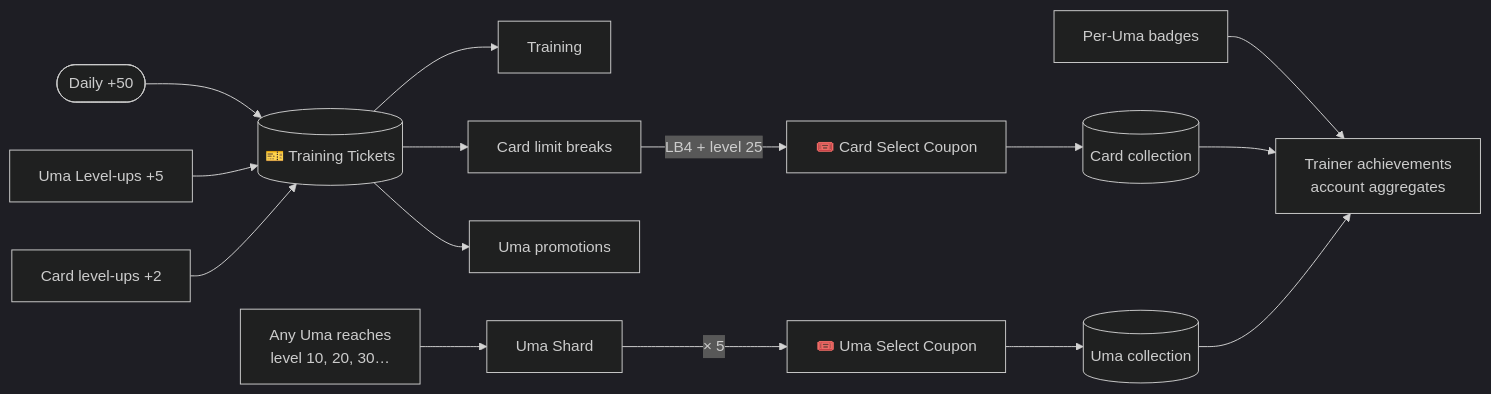
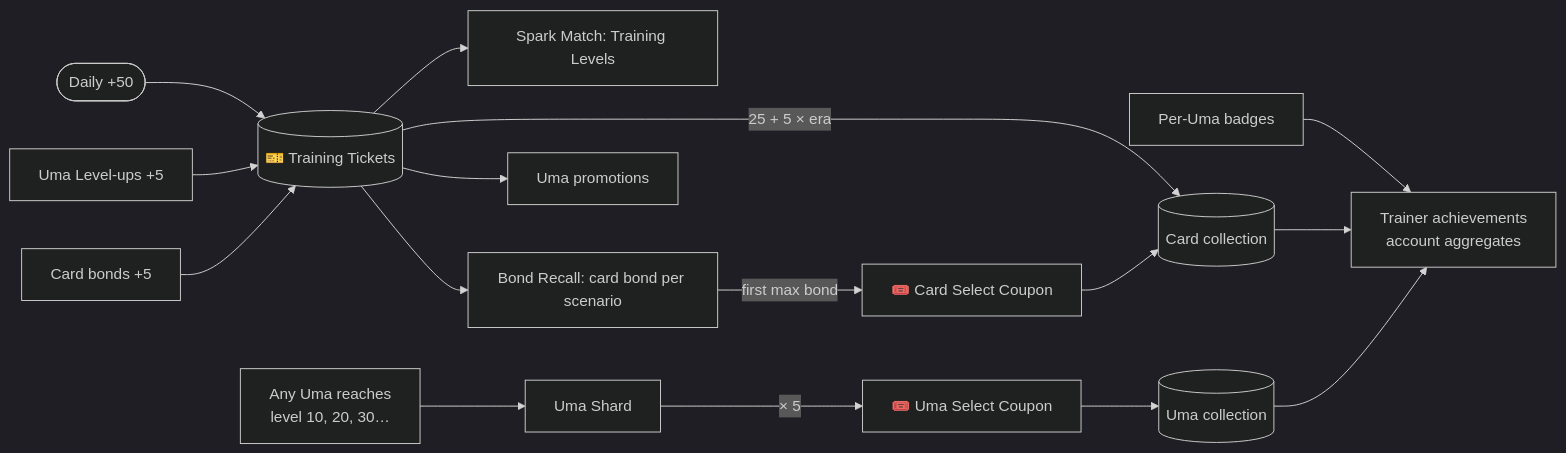
One commit to luismlorenzana/uma-racer changed the second of 2 diagrams in docs/design/00-overview.md. Above: the diagram before and after it, drawn with Mermaid (dark theme). The commit also changed other lines of this file and 18 other files, not shown here.

First line of the commit message:
refactor(cards): sweep the account-wide card model out (M016 part D)

````diff
--- a/docs/design/00-overview.md
+++ b/docs/design/00-overview.md
@@ -40,17 +41,18 @@
 ```mermaid
 flowchart LR
     Daily([Daily +50]) --> Tickets[("🎫 Training Tickets")]
     UmaLv["Uma Level-ups +5"] --> Tickets
-    CardLv["Card level-ups +2"] --> Tickets
-    Tickets --> Training["Training"]
-    Tickets --> CardLB["Card limit breaks"]
-    CardLB -->|"LB4 + level 25"| CardCoupon["🎟️ Card Select Coupon"]
-    CardCoupon --> Cards[("Card collection")]
+    CardBond["Card bonds +5"] --> Tickets
+    Tickets --> Spark["Spark Match: Training Levels"]
+    Tickets --> Bond["Bond Recall: card bond per scenario"]
+    Bond -->|"first max bond"| CardCoupon["🎟️ Card Select Coupon"]
+    Tickets -->|"25 + 5 × era"| Cards[("Card collection")]
+    CardCoupon --> Cards
     Tickets --> UmaPromo["Uma promotions"]
     Levels["Any Uma reaches<br/>level 10, 20, 30…"] --> Shards["Uma Shard"]
     Shards -->|"× 5"| UmaCoupon["🎟️ Uma Select Coupon"]
     UmaCoupon --> Umas[("Uma collection")]
     Badges["Per-Uma badges"] --> Trainer["Trainer achievements<br/>account aggregates"]
     Cards --> Trainer
     Umas --> Trainer
 ```
````
